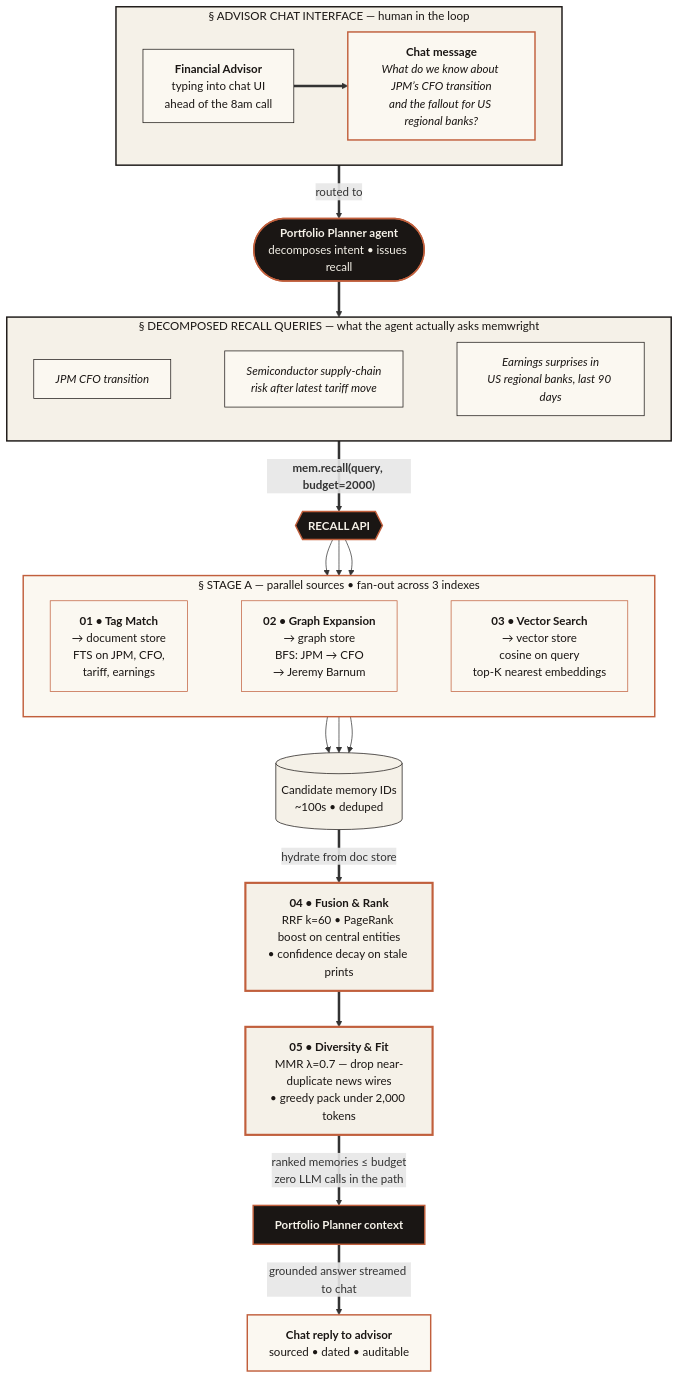
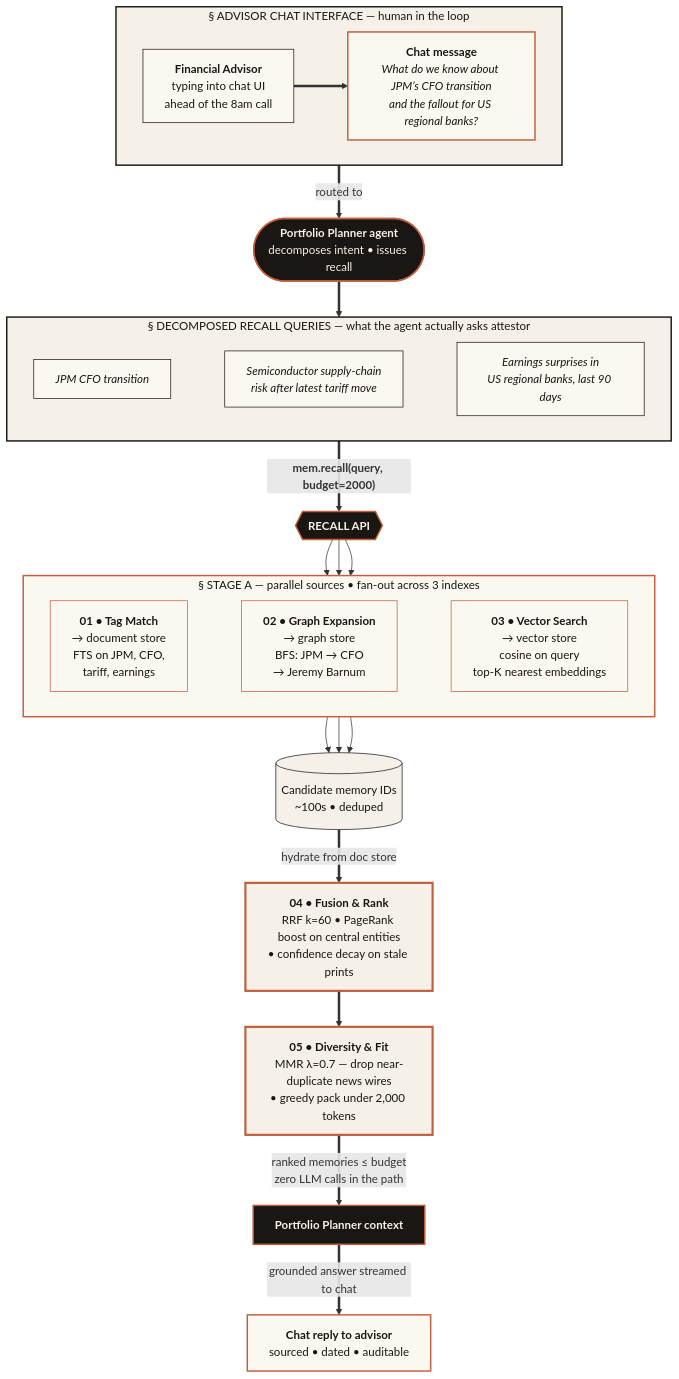
The third of 8 diagrams in README.md (bolnet/attestor), drawn with Mermaid before and after one commit. The commit also changed other lines of this file and 43 other files, not shown here.

First line of the commit message:
docs: rename Memwright → Attestor across all documentation

````diff
--- a/README.md
+++ b/README.md
@@ -286,72 +286,72 @@
 ```mermaid
 flowchart TB
     U["<b>Financial Advisor</b><br/>typing into chat UI<br/>ahead of the 8am call"]
     BUBBLE["<b>Chat message</b><br/><i>What do we know about JPM&rsquo;s CFO transition<br/>and the fallout for US regional banks?</i>"]
 
     subgraph CHAT ["&sect; ADVISOR CHAT INTERFACE &mdash; human in the loop"]
         direction LR
         U ==> BUBBLE
     end
 
     CHAT ==>|routed to| AGENT(["<b>Portfolio Planner agent</b><br/>decomposes intent &bull; issues recall"])
 
     Q1["<i>JPM CFO transition</i>"]
     Q2["<i>Semiconductor supply-chain<br/>risk after latest tariff move</i>"]
     Q3["<i>Earnings surprises in<br/>US regional banks, last 90 days</i>"]
 
-    subgraph QUERIES ["&sect; DECOMPOSED RECALL QUERIES &mdash; what the agent actually asks memwright"]
+    subgraph QUERIES ["&sect; DECOMPOSED RECALL QUERIES &mdash; what the agent actually asks attestor"]
         direction LR
         Q1 ~~~ Q2 ~~~ Q3
     end
 
     AGENT ==> QUERIES
     QUERIES ==>|"<b>mem.recall(query, budget=2000)</b>"| API{{"<b>RECALL API</b>"}}
 
     L1["<b>01 &bull; Tag Match</b><br/>&rarr; document store<br/>FTS on JPM, CFO,<br/>tariff, earnings"]
     L2["<b>02 &bull; Graph Expansion</b><br/>&rarr; graph store<br/>BFS: JPM &rarr; CFO<br/>&rarr; Jeremy Barnum"]
     L3["<b>03 &bull; Vector Search</b><br/>&rarr; vector store<br/>cosine on query<br/>top-K nearest embeddings"]
 
     subgraph SOURCES ["&sect; STAGE A &mdash; parallel sources &bull; fan-out across 3 indexes"]
         direction LR
         L1 ~~~ L2 ~~~ L3
     end
 
     API --> L1
     API --> L2
     API --> L3
 
     IDS[("Candidate memory IDs<br/>~100s &bull; deduped")]
 
     L1 --> IDS
     L2 --> IDS
     L3 --> IDS
 
     L4["<b>04 &bull; Fusion &amp; Rank</b><br/>RRF k=60 &bull; PageRank boost on central entities<br/>&bull; confidence decay on stale prints"]
     L5["<b>05 &bull; Diversity &amp; Fit</b><br/>MMR &lambda;=0.7 &mdash; drop near-duplicate news wires<br/>&bull; greedy pack under 2,000 tokens"]
     OUT["<b>Portfolio Planner context</b>"]
     REPLY["<b>Chat reply to advisor</b><br/>sourced &bull; dated &bull; auditable"]
 
     IDS ==>|hydrate from doc store| L4
     L4 ==> L5
     L5 ==>|ranked memories &le; budget<br/>zero LLM calls in the path| OUT
     OUT ==>|grounded answer streamed to chat| REPLY
 
     style CHAT    fill:#F5F1E8,stroke:#1A1614,stroke-width:2px,color:#1A1614
     style U       fill:#FBF8F1,stroke:#1A1614,color:#1A1614
     style BUBBLE  fill:#FBF8F1,stroke:#C15F3C,stroke-width:2px,color:#1A1614
     style AGENT   fill:#1A1614,stroke:#C15F3C,stroke-width:2px,color:#F5F1E8
     style REPLY   fill:#FBF8F1,stroke:#C15F3C,stroke-width:2px,color:#1A1614
     style QUERIES fill:#F5F1E8,stroke:#1A1614,stroke-width:2px,color:#1A1614
     style SOURCES fill:#FBF8F1,stroke:#C15F3C,stroke-width:2px,color:#1A1614
     style API     fill:#1A1614,stroke:#C15F3C,stroke-width:2px,color:#F5F1E8
     style L1      fill:#FBF8F1,stroke:#C15F3C,color:#1A1614
     style L2      fill:#FBF8F1,stroke:#C15F3C,color:#1A1614
     style L3      fill:#FBF8F1,stroke:#C15F3C,color:#1A1614
     style IDS     fill:#F5F1E8,stroke:#1A1614,color:#1A1614
     style L4      fill:#F5F1E8,stroke:#C15F3C,stroke-width:3px,color:#1A1614
     style L5      fill:#F5F1E8,stroke:#C15F3C,stroke-width:3px,color:#1A1614
     style OUT     fill:#1A1614,stroke:#C15F3C,stroke-width:2px,color:#F5F1E8
     style Q1      fill:#FBF8F1,stroke:#1A1614,color:#1A1614
     style Q2      fill:#FBF8F1,stroke:#1A1614,color:#1A1614
     style Q3      fill:#FBF8F1,stroke:#1A1614,color:#1A1614
 ```
````
